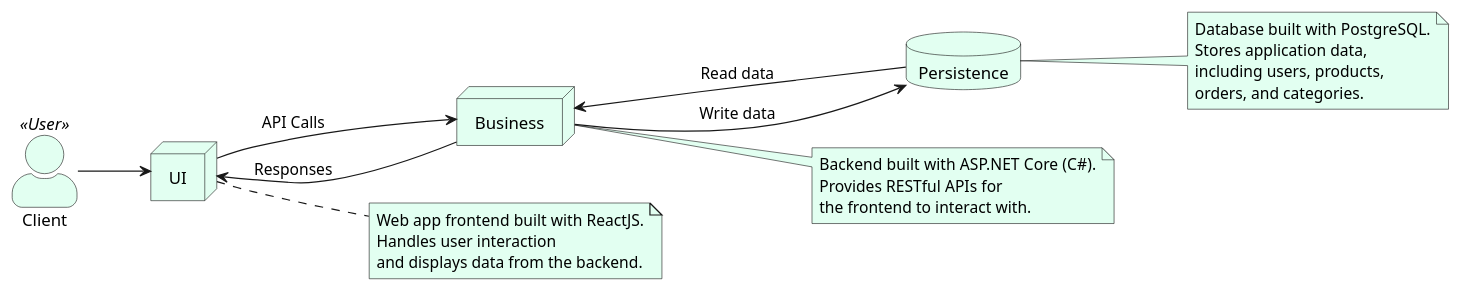
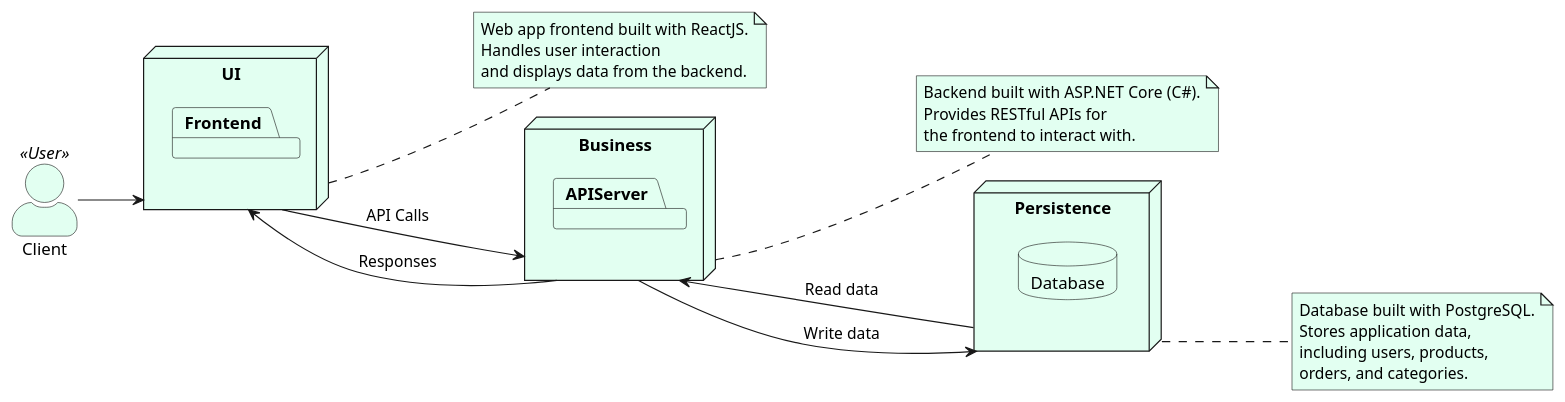
Before and after one commit to bruflor/comercio-vizinho: the diagram in docs/diagrams/architecture/ArchitectureLayers.puml, drawn with PlantUML. The commit also changed 3 other files, not shown here.

```diff
--- a/docs/diagrams/architecture/ArchitectureLayers.puml
+++ b/docs/diagrams/architecture/ArchitectureLayers.puml
@@ -1,54 +1,60 @@
 @startuml
 skinparam actorStyle awesome
 <style>
 componentDiagram {
   BackGroundColor #e2fff1
 }
 document {
   BackGroundColor white
 }
 </style>
 left to right direction
 
 'User
 actor Client <<User>>
 
 'Frontend
-node UI
+node UI {
+    package Frontend
+}
 
 'Backend
-node Business
+node Business{
+package APIServer
+}
+node Persistence{
 
 'Database
-database Persistence
+database Database
+}
 
 'Layers Communication
 Client --> "UI"
 "UI" --> "Business": API Calls
 "UI" <-- "Business": Responses
 "Business" <-- "Persistence": Read data
 "Business" --> "Persistence": Write data
 
 
 ' Notes
 note right of [UI]
   Web app frontend built with ReactJS.
   Handles user interaction
   and displays data from the backend.
 end note
 
 note right of [Business]
   Backend built with ASP.NET Core (C#).
   Provides RESTful APIs for
   the frontend to interact with.
 end note
 
 note right of [Persistence]
   Database built with PostgreSQL.
   Stores application data,
   including users, products,
   orders, and categories.
 end note
 
 
 @enduml
```
